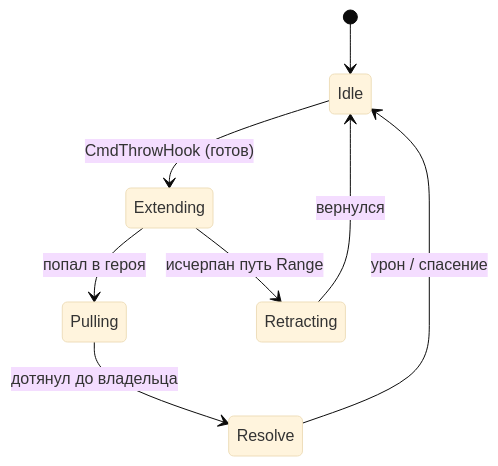
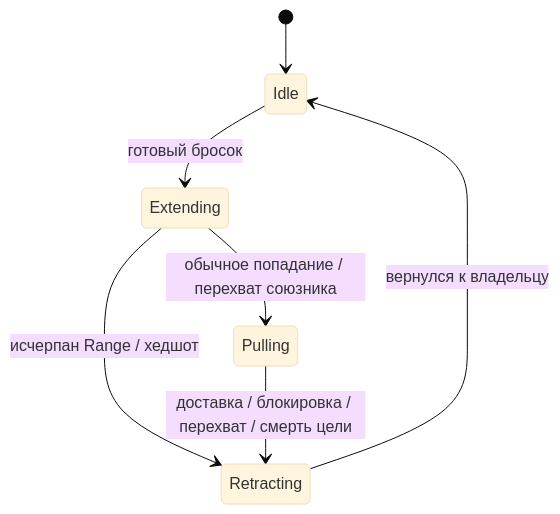
The first of 3 diagrams in Docs/pudge_wars_ar_tdd.md (splittech/pudge-wars-ar), drawn with Mermaid (base theme) before and after one commit. The commit also changed other lines of this file and 6 other files, not shown here.

````diff
--- a/Docs/pudge_wars_ar_tdd.md
+++ b/Docs/pudge_wars_ar_tdd.md
@@ -319,10 +320,9 @@
 ```mermaid
 stateDiagram-v2
     [*] --> Idle
-    Idle --> Extending: CmdThrowHook (готов)
-    Extending --> Pulling: попал в героя
-    Extending --> Retracting: исчерпан путь Range
-    Pulling --> Resolve: дотянул до владельца
-    Resolve --> Idle: урон / спасение
-    Retracting --> Idle: вернулся
+    Idle --> Extending: готовый бросок
+    Extending --> Pulling: обычное попадание / перехват союзника
+    Extending --> Retracting: исчерпан Range / хедшот
+    Pulling --> Retracting: доставка / блокировка / перехват / смерть цели
+    Retracting --> Idle: вернулся к владельцу
 ```
````
